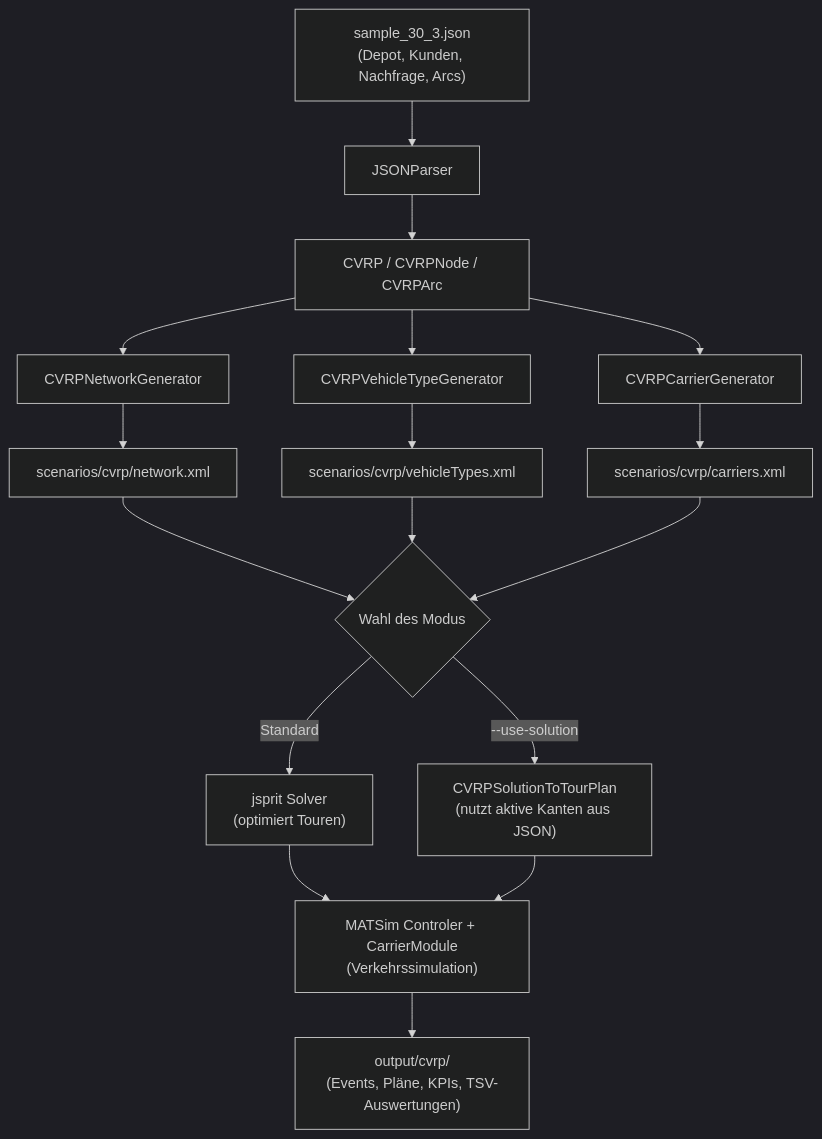
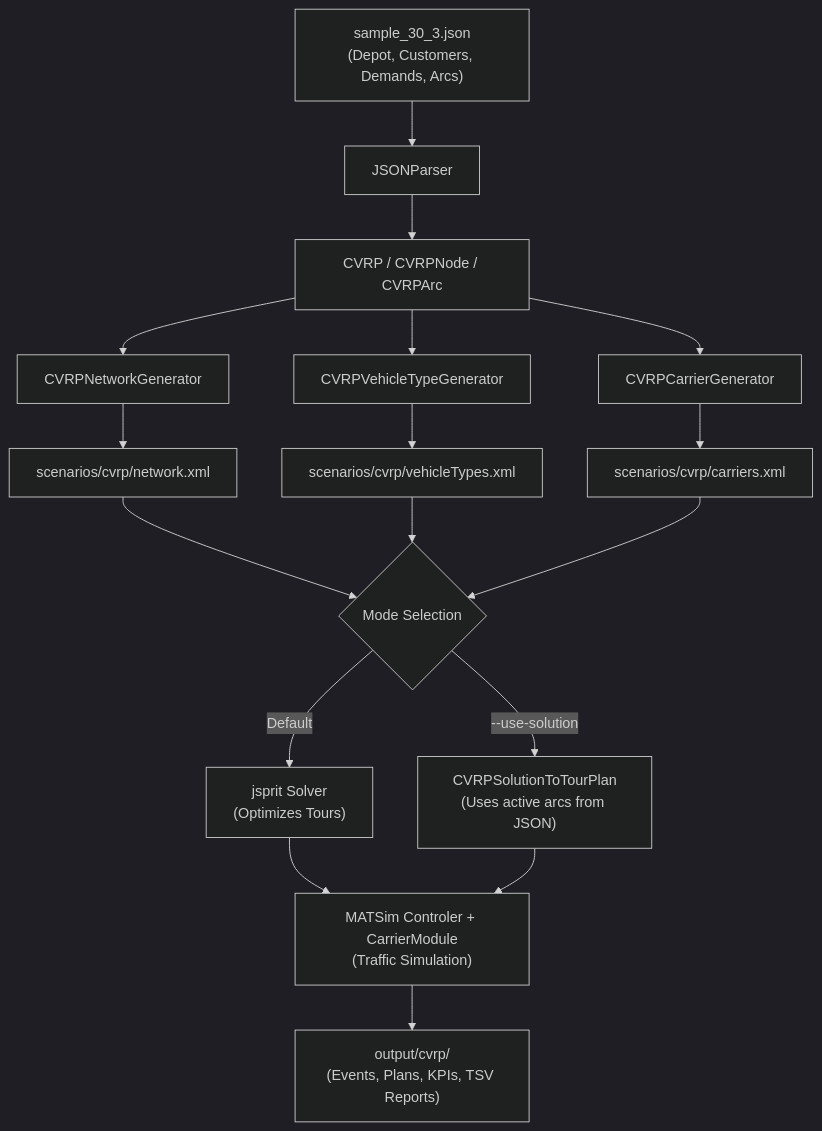
The diagram in README.md (AgiMo-TUM/MATSim_for_CVRP), drawn with Mermaid (dark theme) before and after one commit. The commit also changed other lines of this file, not shown here.

````diff
--- a/README.md
+++ b/README.md
@@ -26,23 +26,23 @@
 ```mermaid
 flowchart TD
-    JSON["sample_30_3.json\n(Depot, Kunden, Nachfrage, Arcs)"] --> Parser["JSONParser"]
+    JSON["sample_30_3.json\n(Depot, Customers, Demands, Arcs)"] --> Parser["JSONParser"]
     Parser --> Model["CVRP / CVRPNode / CVRPArc"]
     
     Model --> NetGen["CVRPNetworkGenerator"]
     Model --> VehGen["CVRPVehicleTypeGenerator"]
     Model --> CarGen["CVRPCarrierGenerator"]
     
     NetGen --> NetFile["scenarios/cvrp/network.xml"]
     VehGen --> VehFile["scenarios/cvrp/vehicleTypes.xml"]
     CarGen --> CarFile["scenarios/cvrp/carriers.xml"]
     
-    NetFile & VehFile & CarFile --> Sim{"Wahl des Modus"}
+    NetFile & VehFile & CarFile --> Sim{"Mode Selection"}
     
-    Sim -->|Standard| Jsprit["jsprit Solver\n(optimiert Touren)"]
-    Sim -->|--use-solution| PrePlan["CVRPSolutionToTourPlan\n(nutzt aktive Kanten aus JSON)"]
+    Sim -->|Default| Jsprit["jsprit Solver\n(Optimizes Tours)"]
+    Sim -->|--use-solution| PrePlan["CVRPSolutionToTourPlan\n(Uses active arcs from JSON)"]
     
-    Jsprit --> MATSim["MATSim Controler + CarrierModule\n(Verkehrssimulation)"]
+    Jsprit --> MATSim["MATSim Controler + CarrierModule\n(Traffic Simulation)"]
     PrePlan --> MATSim
     
-    MATSim --> Output["output/cvrp/\n(Events, Pläne, KPIs, TSV-Auswertungen)"]
+    MATSim --> Output["output/cvrp/\n(Events, Plans, KPIs, TSV Reports)"]
 ```
````
